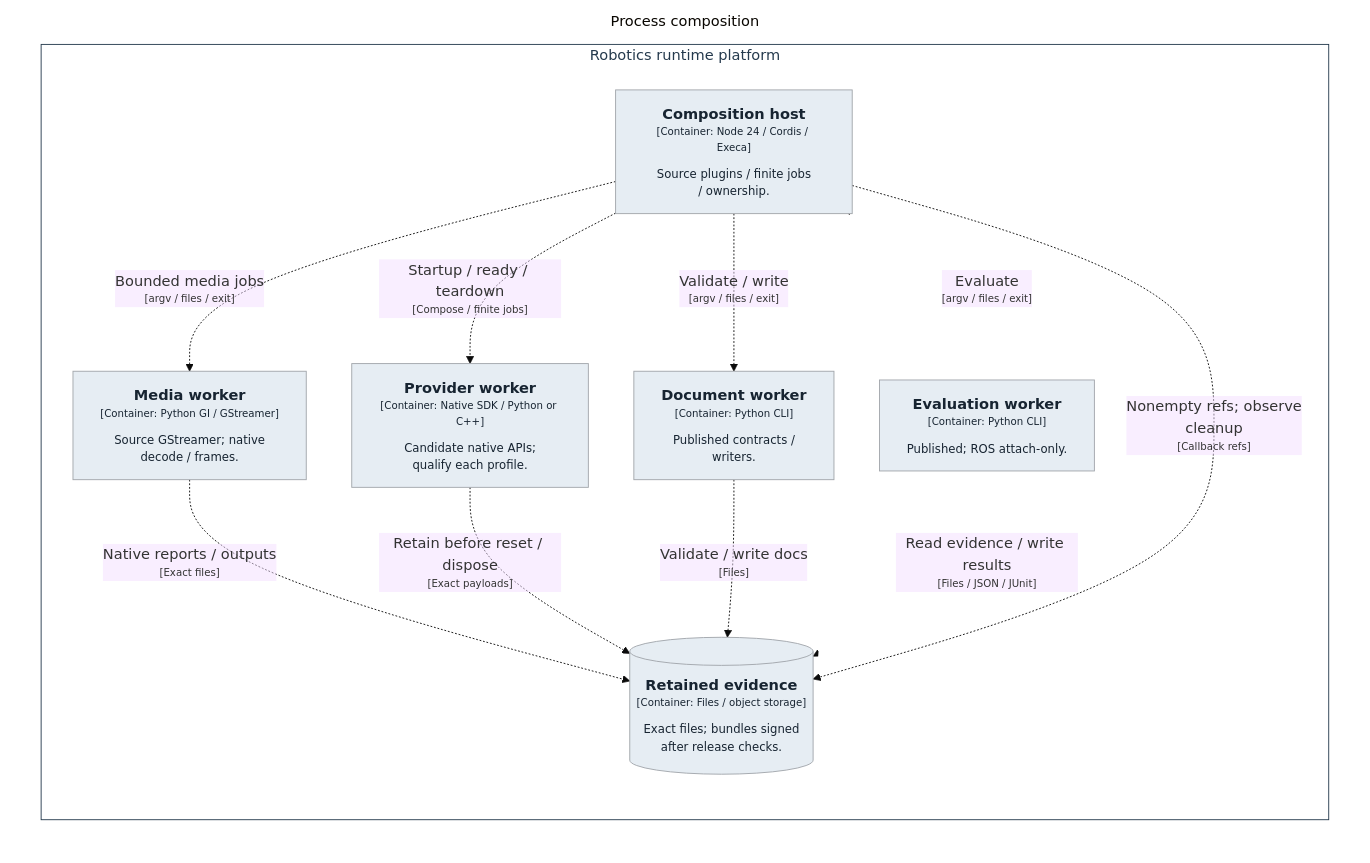
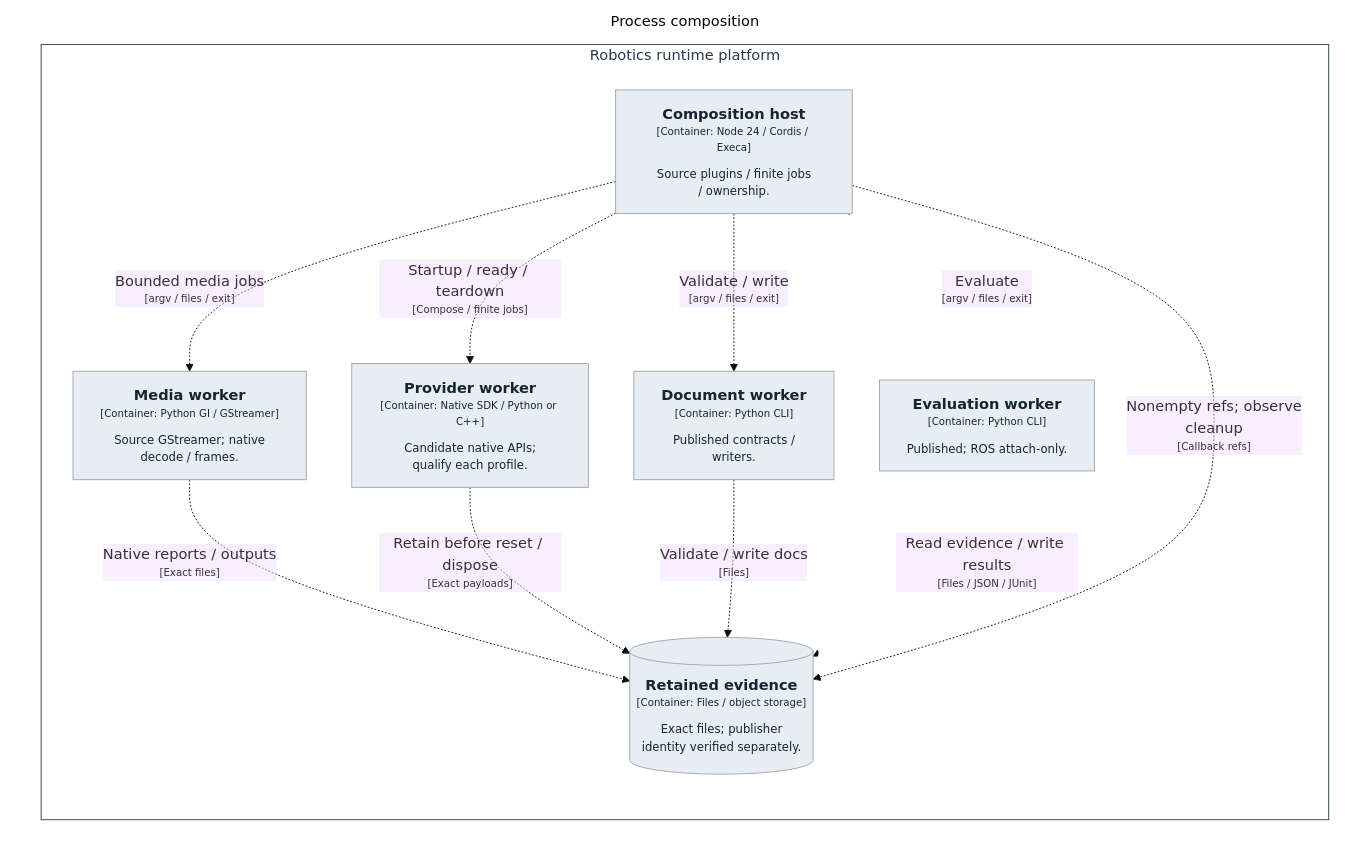
The diagram in docs/architecture/generated/structurizr-Container.mmd (mmkolpakov/robotics-runtime), drawn with Mermaid (base theme) before and after one commit. The commit also changed 11 other files, not shown here.

Commit message:
Align lifecycle diagrams with observed producer settlement

```diff
--- a/docs/architecture/generated/structurizr-Container.mmd
+++ b/docs/architecture/generated/structurizr-Container.mmd
@@ -1,34 +1,34 @@
 graph LR
   linkStyle default fill:#ffffff
 
   subgraph diagram ["Process composition"]
     style diagram fill:#ffffff,stroke:#ffffff
 
     subgraph 7 ["Robotics runtime platform"]
       style 7 fill:#ffffff,stroke:#253a4d,color:#253a4d
 
       10["<div style='font-weight: bold'>Evaluation worker</div><div style='font-size: 70%; margin-top: 0px'>[Container: Python CLI]</div><div style='font-size: 80%; margin-top:10px'>Published; ROS attach-only.</div>"]
       style 10 fill:#e6edf3,stroke:#a1a5aa,color:#172431
       11["<div style='font-weight: bold'>Provider worker</div><div style='font-size: 70%; margin-top: 0px'>[Container: Native SDK / Python or C++]</div><div style='font-size: 80%; margin-top:10px'>Candidate native APIs;<br />qualify each profile.</div>"]
       style 11 fill:#e6edf3,stroke:#a1a5aa,color:#172431
       12["<div style='font-weight: bold'>Media worker</div><div style='font-size: 70%; margin-top: 0px'>[Container: Python GI / GStreamer]</div><div style='font-size: 80%; margin-top:10px'>Source GStreamer; native<br />decode / frames.</div>"]
       style 12 fill:#e6edf3,stroke:#a1a5aa,color:#172431
-      13[("<div style='font-weight: bold'>Retained evidence</div><div style='font-size: 70%; margin-top: 0px'>[Container: Files / object storage]</div><div style='font-size: 80%; margin-top:10px'>Exact files; bundles signed<br />after release checks.</div>")]
+      13[("<div style='font-weight: bold'>Retained evidence</div><div style='font-size: 70%; margin-top: 0px'>[Container: Files / object storage]</div><div style='font-size: 80%; margin-top:10px'>Exact files; publisher<br />identity verified separately.</div>")]
       style 13 fill:#e6edf3,stroke:#a1a5aa,color:#172431
       8["<div style='font-weight: bold'>Composition host</div><div style='font-size: 70%; margin-top: 0px'>[Container: Node 24 / Cordis / Execa]</div><div style='font-size: 80%; margin-top:10px'>Source plugins / finite jobs<br />/ ownership.</div>"]
       style 8 fill:#e6edf3,stroke:#a1a5aa,color:#172431
       9["<div style='font-weight: bold'>Document worker</div><div style='font-size: 70%; margin-top: 0px'>[Container: Python CLI]</div><div style='font-size: 80%; margin-top:10px'>Published contracts /<br />writers.</div>"]
       style 9 fill:#e6edf3,stroke:#a1a5aa,color:#172431
     end
 
     8-. "<div>Validate / write</div><div style='font-size: 70%'>[argv / files / exit]</div>" .->9
     8-. "<div>Evaluate</div><div style='font-size: 70%'>[argv / files / exit]</div>" .->10
     8-. "<div>Startup / ready / teardown</div><div style='font-size: 70%'>[Compose / finite jobs]</div>" .->11
     8-. "<div>Bounded media jobs</div><div style='font-size: 70%'>[argv / files / exit]</div>" .->12
     12-. "<div>Native reports / outputs</div><div style='font-size: 70%'>[Exact files]</div>" .->13
     11-. "<div>Retain before reset / dispose</div><div style='font-size: 70%'>[Exact payloads]</div>" .->13
     9-. "<div>Validate / write docs</div><div style='font-size: 70%'>[Files]</div>" .->13
     10-. "<div>Read evidence / write results</div><div style='font-size: 70%'>[Files / JSON / JUnit]</div>" .->13
     8-. "<div>Nonempty refs; observe<br />cleanup</div><div style='font-size: 70%'>[Callback refs]</div>" .->13
 
   end
```
